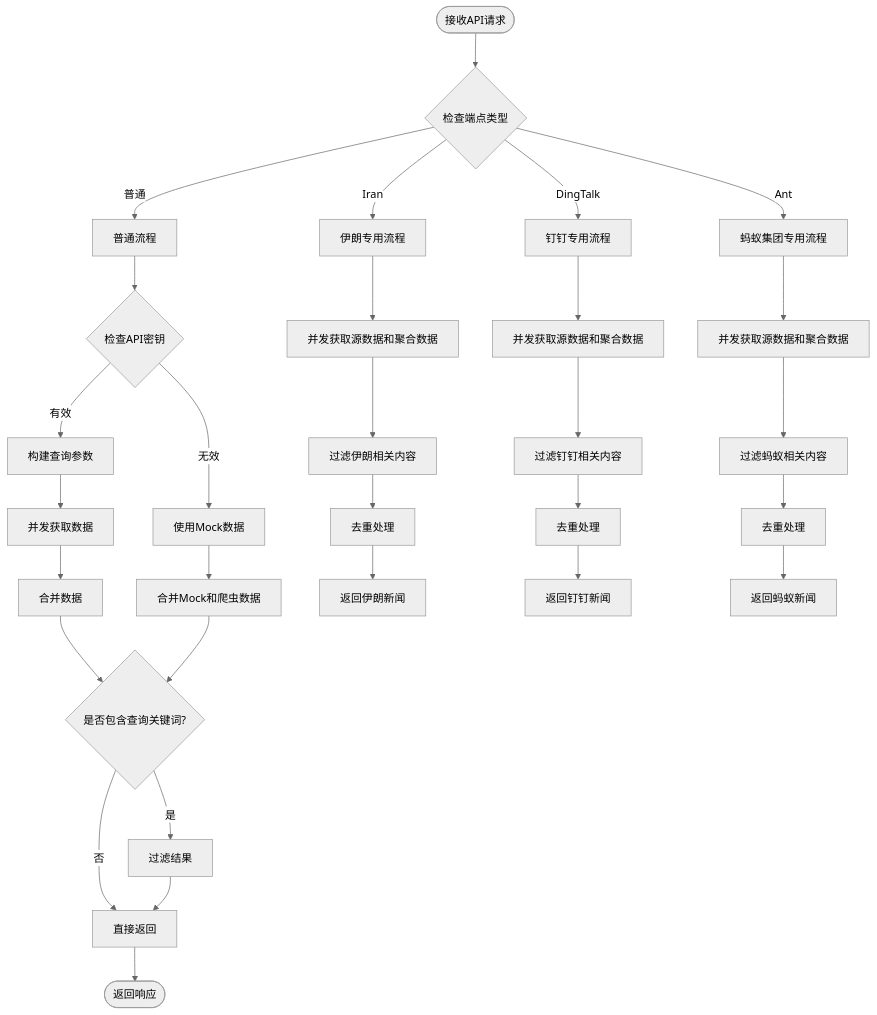
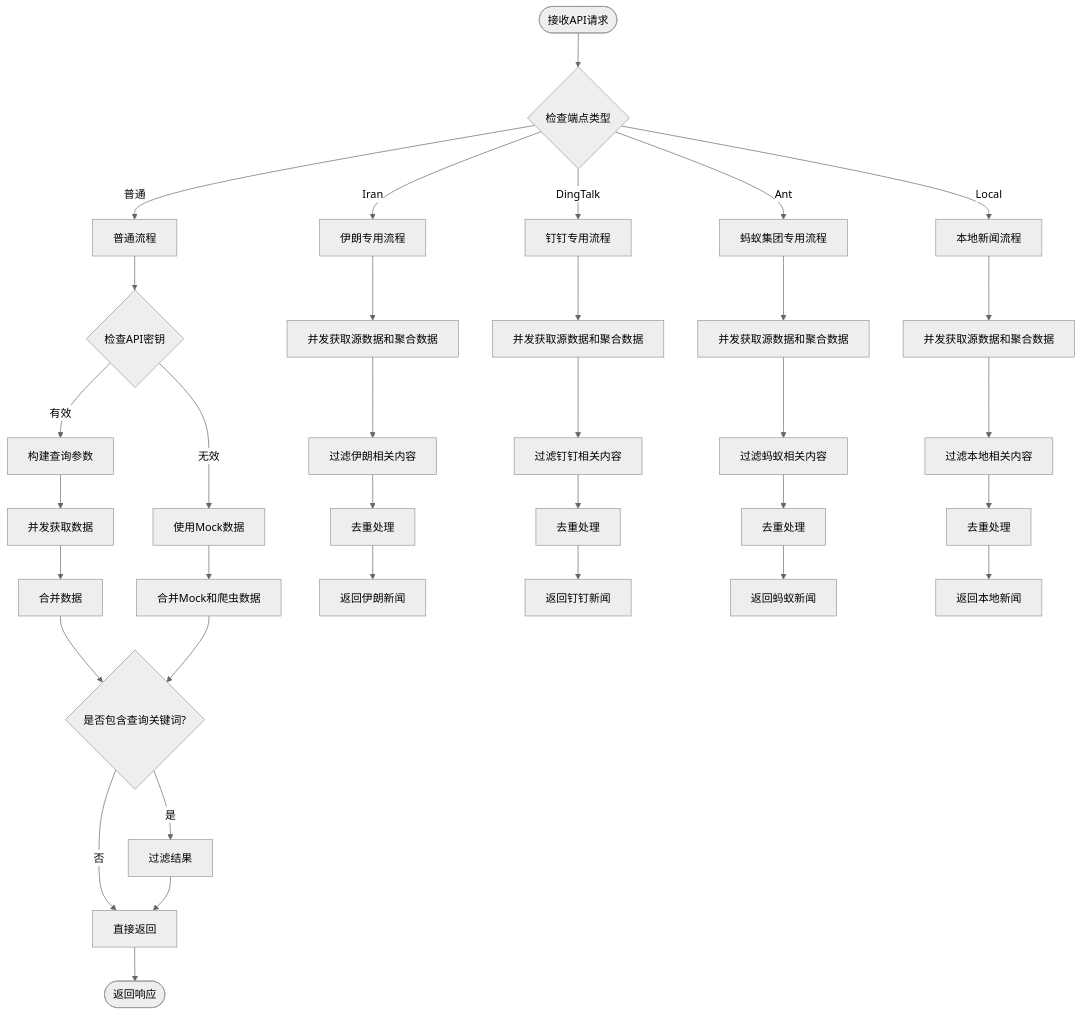
Diagram 16 of 17 in .qoder/repowiki/zh/content/核心功能模块/新闻数据获取系统.md (zuozuoliu740-cmd/xianxiong-news), drawn with Mermaid (neutral theme) before and after one commit. The commit also changed other lines of this file and 16 other files, not shown here.

````diff
--- a/.qoder/repowiki/zh/content/核心功能模块/新闻数据获取系统.md
+++ b/.qoder/repowiki/zh/content/核心功能模块/新闻数据获取系统.md
@@ -711,32 +849,37 @@
 ```mermaid
 flowchart TD
 Start([接收API请求]) --> CheckEndpoint{检查端点类型}
 CheckEndpoint --> |Iran| IranFlow["伊朗专用流程"]
 CheckEndpoint --> |DingTalk| DingFlow["钉钉专用流程"]
 CheckEndpoint --> |Ant| AntFlow["蚂蚁集团专用流程"]
+CheckEndpoint --> |Local| LocalFlow["本地新闻流程"]
 CheckEndpoint --> |普通| NormalFlow["普通流程"]
 IranFlow --> ParallelFetch1["并发获取源数据和聚合数据"]
 ParallelFetch1 --> FilterIran["过滤伊朗相关内容"]
 DingFlow --> ParallelFetch2["并发获取源数据和聚合数据"]
 ParallelFetch2 --> FilterDing["过滤钉钉相关内容"]
 AntFlow --> ParallelFetch3["并发获取源数据和聚合数据"]
 ParallelFetch3 --> FilterAnt["过滤蚂蚁相关内容"]
+LocalFlow --> ParallelFetch4["并发获取源数据和聚合数据"]
+ParallelFetch4 --> FilterLocal["过滤本地相关内容"]
 NormalFlow --> CheckAPIKey{检查API密钥}
 CheckAPIKey --> |有效| BuildQuery[构建查询参数]
 CheckAPIKey --> |无效| UseMock[使用Mock数据]
-BuildQuery --> ParallelFetch4[并发获取数据]
-ParallelFetch4 --> MergeData[合并数据]
+BuildQuery --> ParallelFetch5[并发获取数据]
+ParallelFetch5 --> MergeData[合并数据]
 UseMock --> MergeMock[合并Mock和爬虫数据]
 FilterIran --> Deduplicate1["去重处理"]
 FilterDing --> Deduplicate2["去重处理"]
 FilterAnt --> Deduplicate3["去重处理"]
+FilterLocal --> Deduplicate4["去重处理"]
 Deduplicate1 --> ReturnIran["返回伊朗新闻"]
 Deduplicate2 --> ReturnDing["返回钉钉新闻"]
 Deduplicate3 --> ReturnAnt["返回蚂蚁新闻"]
+Deduplicate4 --> ReturnLocal["返回本地新闻"]
 MergeData --> FilterQuery{是否包含查询关键词?}
 MergeMock --> FilterQuery
 FilterQuery --> |是| FilterResults[过滤结果]
 FilterQuery --> |否| ReturnResults[直接返回]
 FilterResults --> ReturnResults
 ReturnResults --> End([返回响应])
 ```
````
